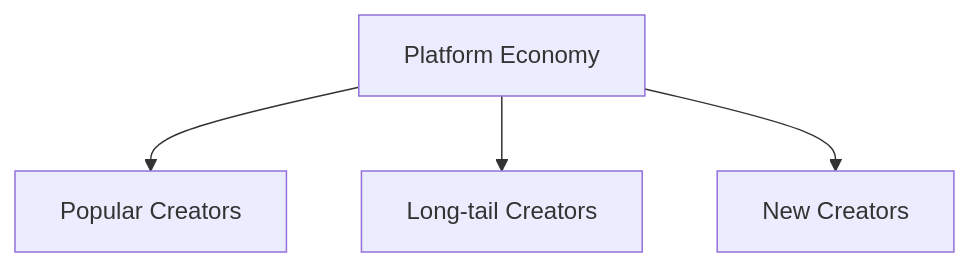
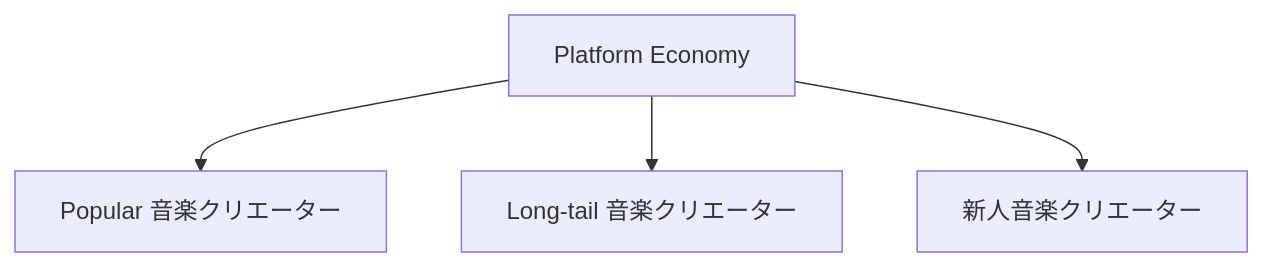
Before and after one commit to ShigeichiroYamasaki/creator-first-platform: diagram 25 of 47 in docs/whitepaper/12-infrastructure-cost.md, drawn with Mermaid. The commit also changed other lines of this file and 67 other files, not shown here.

````diff
--- a/docs/whitepaper/12-infrastructure-cost.md
+++ b/docs/whitepaper/12-infrastructure-cost.md
@@ -1189,11 +1189,11 @@
 ```mermaid
 flowchart TD
     PLATFORM[Platform Economy]
-    POP[Popular Creators]
-    LONG[Long-tail Creators]
-    NEW[New Creators]
+    POP[Popular 音楽クリエーター]
+    LONG[Long-tail 音楽クリエーター]
+    NEW[新人音楽クリエーター]
 
     PLATFORM --> POP
     PLATFORM --> LONG
     PLATFORM --> NEW
 ```
````
